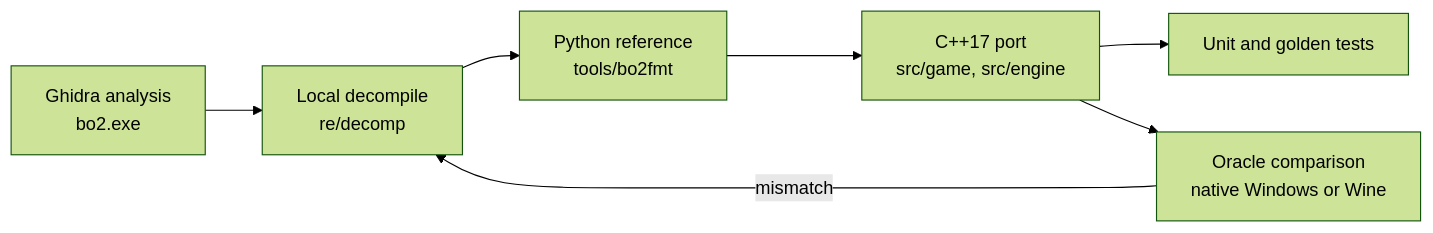
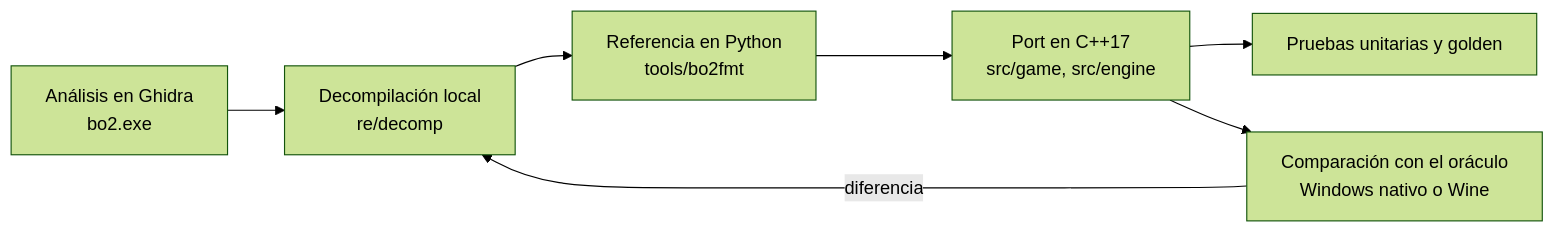
Before and after one commit to felipesuarez-dev/BloodOmen2NX: the second of 2 diagrams in README.md, drawn with Mermaid (forest theme). The commit also changed other lines of this file and 5 other files, not shown here.

````diff
--- a/README.md
+++ b/README.md
@@ -188,9 +242,9 @@
 ```mermaid
 flowchart LR
-    A[Ghidra analysis<br/>bo2.exe] --> B[Local decompile<br/>re/decomp]
-    B --> C[Python reference<br/>tools/bo2fmt]
-    C --> D[C++17 port<br/>src/game, src/engine]
-    D --> E[Unit and golden tests]
-    D --> F[Oracle comparison<br/>native Windows or Wine]
-    F -->|mismatch| B
+    A[Análisis en Ghidra<br/>bo2.exe] --> B[Decompilación local<br/>re/decomp]
+    B --> C[Referencia en Python<br/>tools/bo2fmt]
+    C --> D[Port en C++17<br/>src/game, src/engine]
+    D --> E[Pruebas unitarias y golden]
+    D --> F[Comparación con el oráculo<br/>Windows nativo o Wine]
+    F -->|diferencia| B
 ```
````
